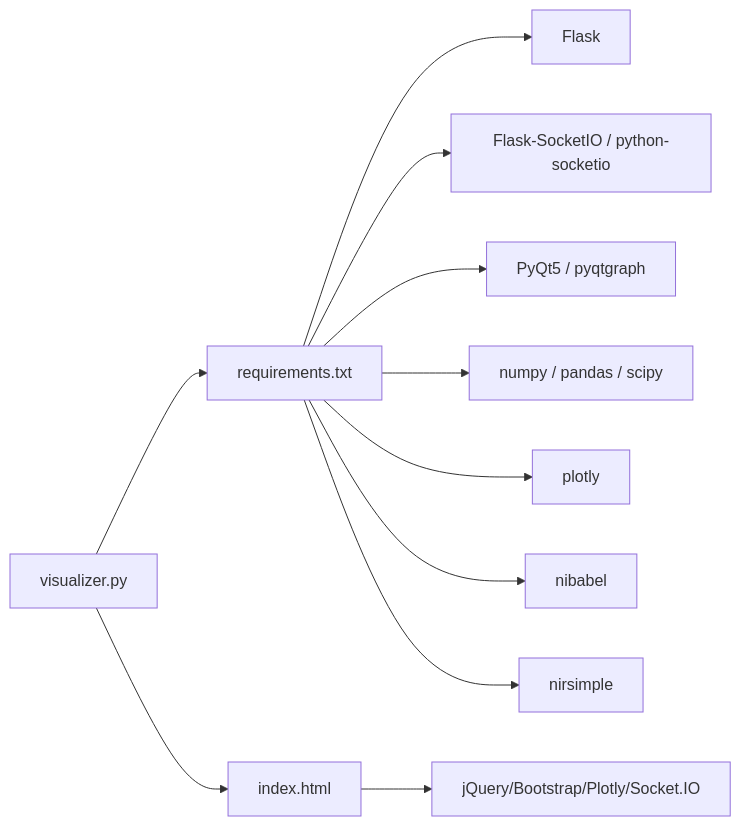
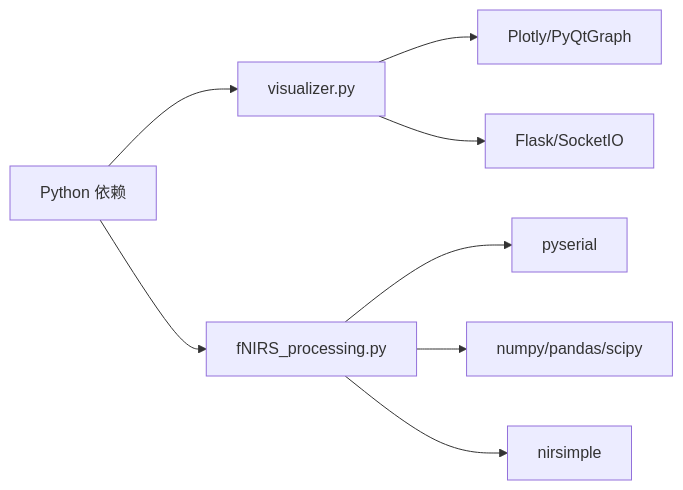
The eighth of 8 diagrams in .qoder/repowiki/zh/content/快速开始.md (zhushizi/fNIRS-main), drawn with Mermaid before and after one commit. The commit also changed other lines of this file and 84 other files, not shown here.

````diff
--- a/.qoder/repowiki/zh/content/快速开始.md
+++ b/.qoder/repowiki/zh/content/快速开始.md
@@ -230,13 +249,10 @@
 ```mermaid
 graph LR
-Req["requirements.txt"] --> Flask["Flask"]
-Req --> SIO["Flask-SocketIO / python-socketio"]
-Req --> PyQt["PyQt5 / pyqtgraph"]
-Req --> NumPy["numpy / pandas / scipy"]
-Req --> Plot["plotly"]
-Req --> Nifti["nibabel"]
-Req --> Nirs["nirsimple"]
-UI["index.html"] --> CDN["jQuery/Bootstrap/Plotly/Socket.IO"]
-Py["visualizer.py"] --> Req
-Py --> UI
+Py["Python 依赖"] --> Viz["visualizer.py"]
+Py --> Proc["fNIRS_processing.py"]
+Viz --> Plot["Plotly/PyQtGraph"]
+Viz --> Net["Flask/SocketIO"]
+Proc --> Ser["pyserial"]
+Proc --> Sci["numpy/pandas/scipy"]
+Proc --> NIRS["nirsimple"]
 ```
````
